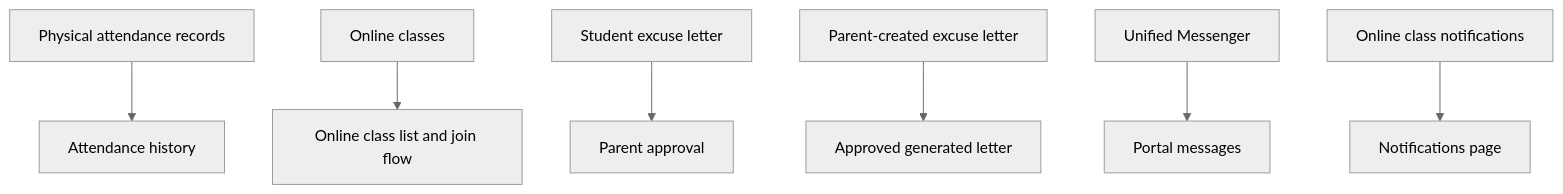
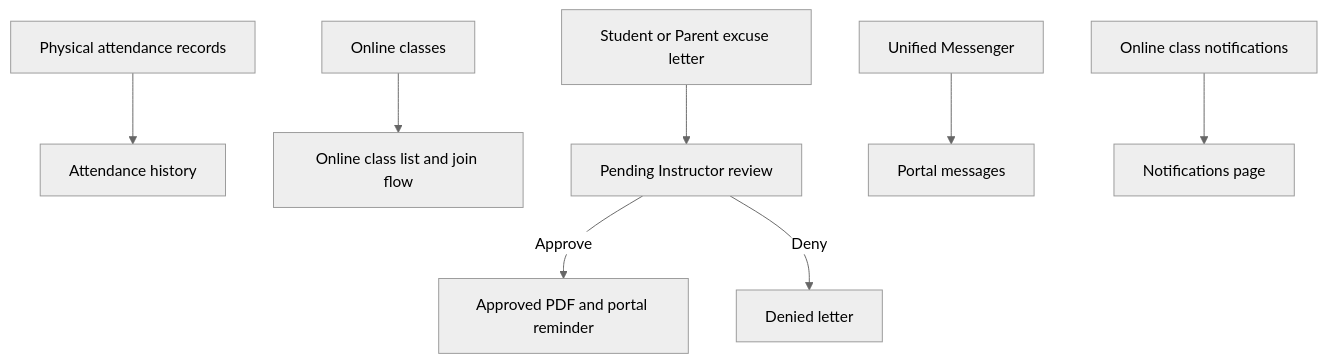
Before and after one commit to capstonedummy11/capstone-rfid: the ninth of 12 diagrams in docs/System Architecture/SYSTEM_FLOW.md, drawn with Mermaid (neutral theme). The commit also changed other lines of this file and 22 other files, not shown here.

Commit message:
development - excuse letter

````diff
--- a/docs/System Architecture/SYSTEM_FLOW.md
+++ b/docs/System Architecture/SYSTEM_FLOW.md
@@ -734,9 +728,10 @@
 ```mermaid
 flowchart TD
     Attendance[Physical attendance records] --> PortalAttendance[Attendance history]
     Online[Online classes] --> PortalOnline[Online class list and join flow]
-    StudentLetter[Student excuse letter] --> ParentApproval[Parent approval]
-    ParentLetter[Parent-created excuse letter] --> ApprovedLetter[Approved generated letter]
+    StudentLetter[Student or Parent excuse letter] --> PendingInstructor[Pending Instructor review]
+    PendingInstructor -->|Approve| ApprovedLetter[Approved PDF and portal reminder]
+    PendingInstructor -->|Deny| DeniedLetter[Denied letter]
     Messenger[Unified Messenger] --> PortalMessages[Portal messages]
     Notifications[Online class notifications] --> PortalNotifications[Notifications page]
 ```
````
